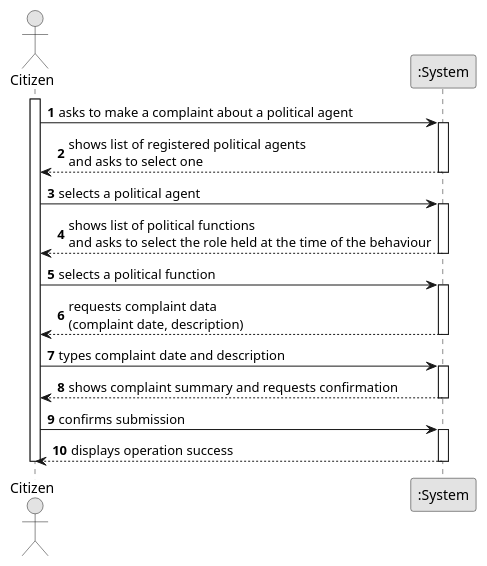
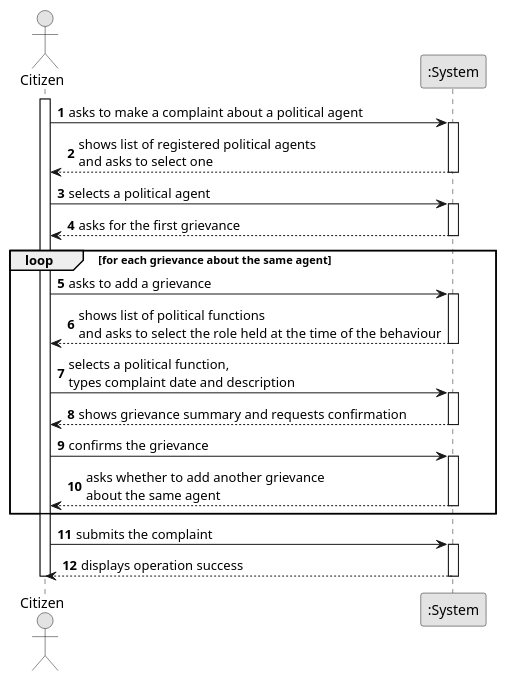
The diagram in docs/system-documentation/US12/01.requirements-engineering/puml/US12-SSD.puml (brunodspinto/crystal-clear-platform), drawn with PlantUML before and after one commit. The commit also changed 11 other files, not shown here.

```diff
--- a/docs/system-documentation/US12/01.requirements-engineering/puml/US12-SSD.puml
+++ b/docs/system-documentation/US12/01.requirements-engineering/puml/US12-SSD.puml
@@ -1,45 +1,50 @@
 @startuml
 skinparam monochrome true
 skinparam packageStyle rectangle
 skinparam shadowing false
 
 autonumber
 
 actor "Citizen" as Citizen
 participant ":System" as System
 
 activate Citizen
 
     Citizen -> System : asks to make a complaint about a political agent
     activate System
 
         System --> Citizen : shows list of registered political agents\nand asks to select one
     deactivate System
 
     Citizen -> System : selects a political agent
     activate System
 
-        System --> Citizen : shows list of political functions\nand asks to select the role held at the time of the behaviour
+        System --> Citizen : asks for the first grievance
     deactivate System
 
-    Citizen -> System : selects a political function
-    activate System
+    loop for each grievance about the same agent
+        Citizen -> System : asks to add a grievance
+        activate System
+            System --> Citizen : shows list of political functions\nand asks to select the role held at the time of the behaviour
+        deactivate System
 
-        System --> Citizen : requests complaint data\n(complaint date, description)
-    deactivate System
+        Citizen -> System : selects a political function,\ntypes complaint date and description
+        activate System
+            System --> Citizen : shows grievance summary and requests confirmation
+        deactivate System
 
-    Citizen -> System : types complaint date and description
-    activate System
+        Citizen -> System : confirms the grievance
+        activate System
+            System --> Citizen : asks whether to add another grievance\nabout the same agent
+        deactivate System
+    end
 
-        System --> Citizen : shows complaint summary and requests confirmation
-    deactivate System
-
-    Citizen -> System : confirms submission
+    Citizen -> System : submits the complaint
     activate System
 
         System --> Citizen : displays operation success
     deactivate System
 
 deactivate Citizen
 
 @enduml
```
